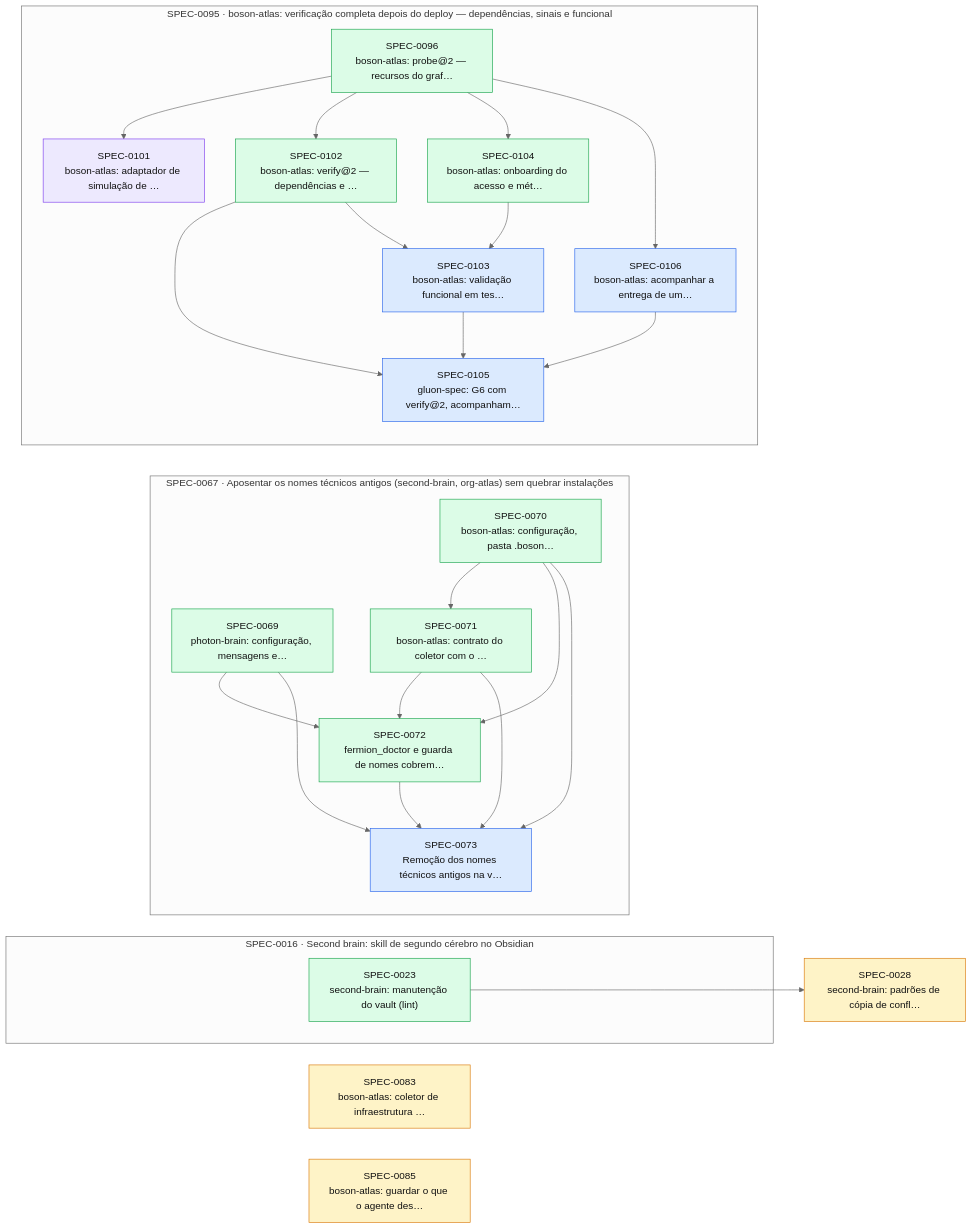
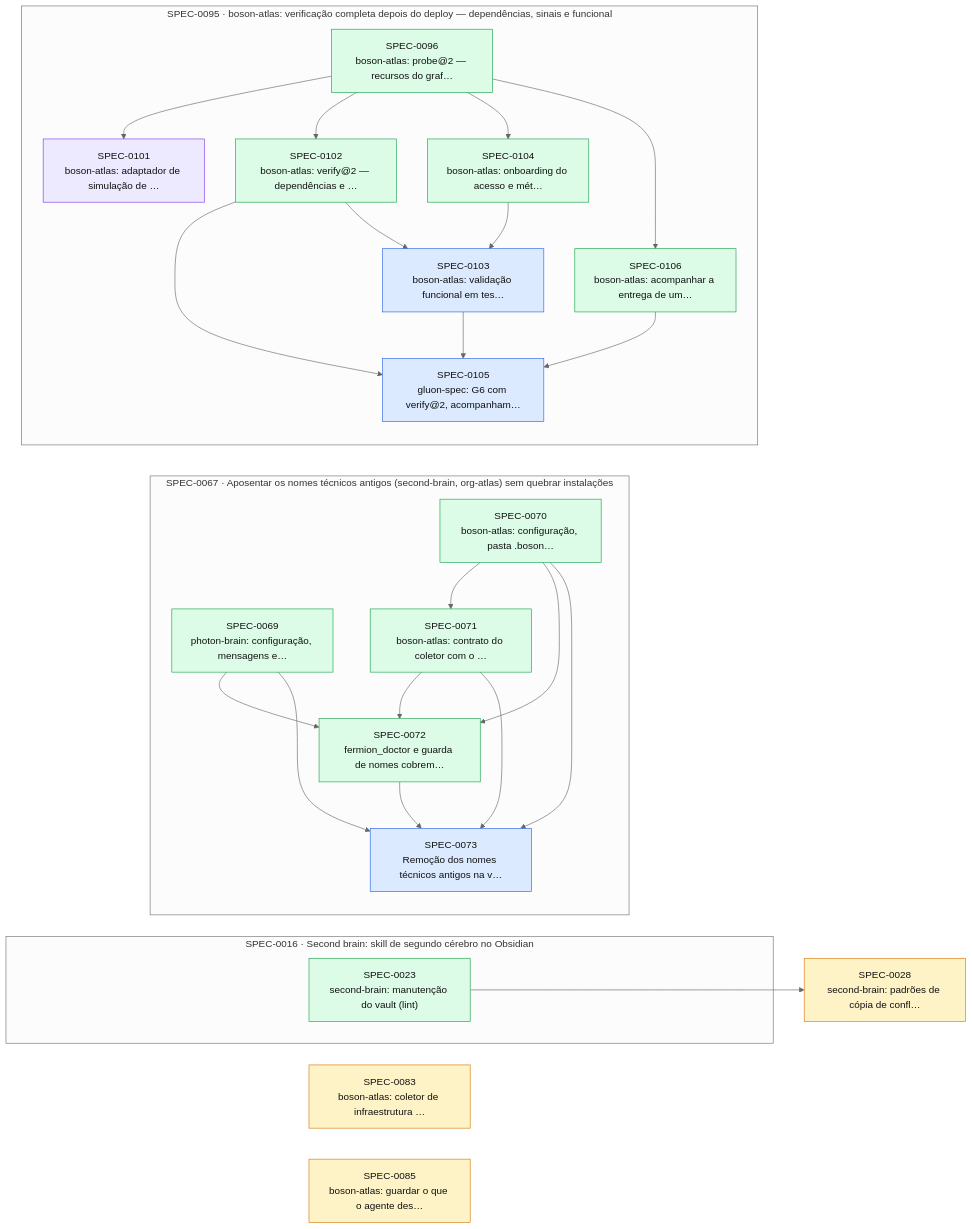
The diagram in docs/specs/INDEX.md (thomasravache/ai-dev-brain), drawn with Mermaid (neutral theme) before and after one commit. The commit also changed other lines of this file and 1 other file, not shown here.

First line of the commit message:
docs(specs): G7 e fechamento da SPEC-0106

````diff
--- a/docs/specs/INDEX.md
+++ b/docs/specs/INDEX.md
@@ -69,48 +68,48 @@
 ```mermaid
 flowchart LR
   S0028["SPEC-0028<br/>second-brain: padrões de cópia de confl…"]:::proposed
   S0083["SPEC-0083<br/>boson-atlas: coletor de infraestrutura …"]:::proposed
   S0085["SPEC-0085<br/>boson-atlas: guardar o que o agente des…"]:::proposed
   subgraph E0016["SPEC-0016 · Second brain: skill de segundo cérebro no Obsidian"]
     S0023["SPEC-0023<br/>second-brain: manutenção do vault (lint)"]:::implemented
   end
   subgraph E0067["SPEC-0067 · Aposentar os nomes técnicos antigos (second-brain, org-atlas) sem quebrar instalações"]
     S0069["SPEC-0069<br/>photon-brain: configuração, mensagens e…"]:::implemented
     S0070["SPEC-0070<br/>boson-atlas: configuração, pasta .boson…"]:::implemented
     S0071["SPEC-0071<br/>boson-atlas: contrato do coletor com o …"]:::implemented
     S0072["SPEC-0072<br/>fermion_doctor e guarda de nomes cobrem…"]:::implemented
     S0073["SPEC-0073<br/>Remoção dos nomes técnicos antigos na v…"]:::approved
   end
   subgraph E0095["SPEC-0095 · boson-atlas: verificação completa depois do deploy — dependências, sinais e funcional"]
     S0096["SPEC-0096<br/>boson-atlas: probe@2 — recursos do graf…"]:::implemented
     S0101["SPEC-0101<br/>boson-atlas: adaptador de simulação de …"]:::inprogress
     S0102["SPEC-0102<br/>boson-atlas: verify@2 — dependências e …"]:::implemented
     S0103["SPEC-0103<br/>boson-atlas: validação funcional em tes…"]:::approved
     S0104["SPEC-0104<br/>boson-atlas: onboarding do acesso e mét…"]:::implemented
     S0105["SPEC-0105<br/>gluon-spec: G6 com verify@2, acompanham…"]:::approved
-    S0106["SPEC-0106<br/>boson-atlas: acompanhar a entrega de um…"]:::approved
+    S0106["SPEC-0106<br/>boson-atlas: acompanhar a entrega de um…"]:::implemented
   end
   S0023 --> S0028
   S0070 --> S0071
   S0069 --> S0072
   S0070 --> S0072
   S0071 --> S0072
   S0069 --> S0073
   S0070 --> S0073
   S0071 --> S0073
   S0072 --> S0073
   S0096 --> S0101
   S0096 --> S0102
   S0102 --> S0103
   S0104 --> S0103
   S0096 --> S0104
   S0102 --> S0105
   S0103 --> S0105
   S0106 --> S0105
   S0096 --> S0106
   classDef proposed fill:#fef3c7,stroke:#d97706,color:#111
   classDef approved fill:#dbeafe,stroke:#2563eb,color:#111
   classDef inprogress fill:#ede9fe,stroke:#7c3aed,color:#111
   classDef implemented fill:#dcfce7,stroke:#16a34a,color:#111
   classDef deprecated fill:#f3f4f6,stroke:#9ca3af,color:#6b7280
 ```
````
